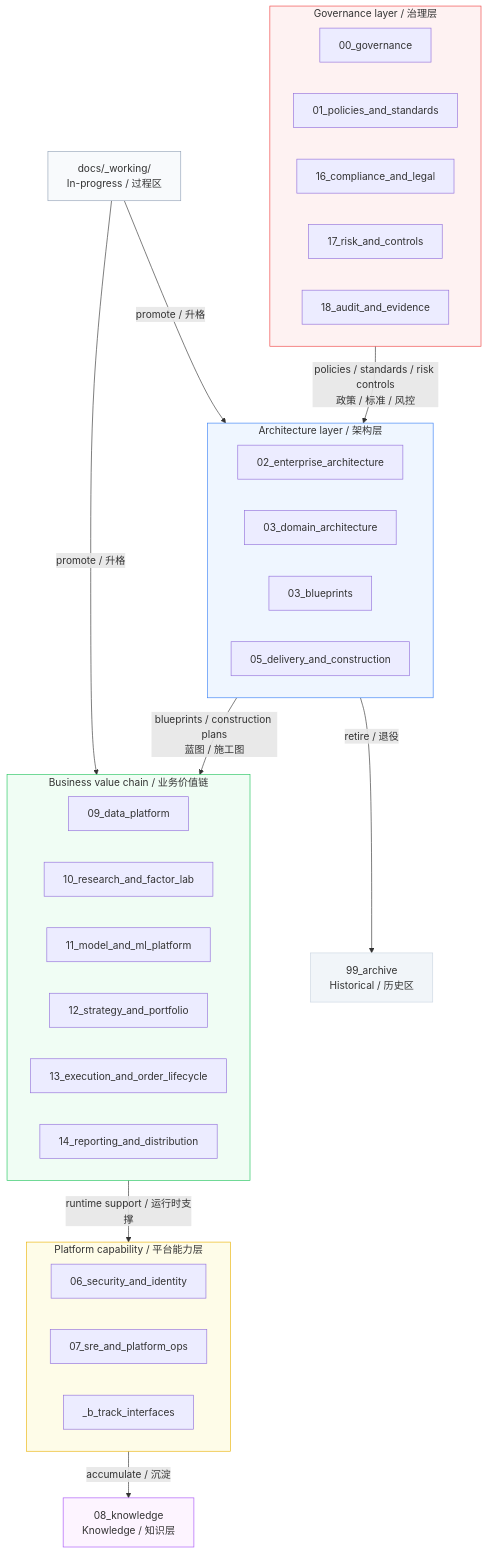
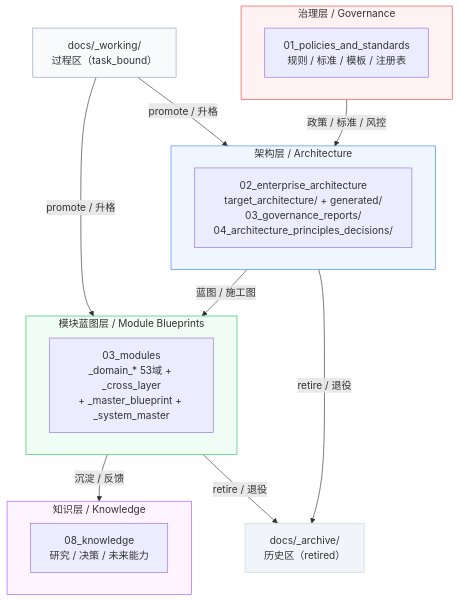
The diagram in docs/02_enterprise_architecture/target_architecture/diagrams/docs_drawer_topology.mmd (xuanFelixVan/ZephyrAlpha), drawn with Mermaid before and after one commit. The commit also changed 20 other files, not shown here.

First line of the commit message:
target_architecture: 全量修复21项审查问题 (P0阻断4项+P1 52域14层残留16项+P2数字矛盾2项+P3孤儿图6项+P4 docs_drawer同步1项); 13个文件修改

```diff
--- a/docs/02_enterprise_architecture/target_architecture/diagrams/docs_drawer_topology.mmd
+++ b/docs/02_enterprise_architecture/target_architecture/diagrams/docs_drawer_topology.mmd
@@ -1,51 +1,36 @@
 %%{init: {'theme': 'default'}}%%
+%% v2.0.0: 同步对齐 information_architecture.md §4 的6顶级目录结构（原20+抽屉已简化）
 graph TB
-    subgraph GOV["Governance layer / 治理层"]
-        G00["00_governance"]
-        G01["01_policies_and_standards"]
-        G16["16_compliance_and_legal"]
-        G17["17_risk_and_controls"]
-        G18["18_audit_and_evidence"]
+    subgraph GOV["治理层 / Governance"]
+        G01["01_policies_and_standards<br/>规则 / 标准 / 模板 / 注册表"]
     end
 
-    subgraph ARCH["Architecture layer / 架构层"]
-        A02["02_enterprise_architecture"]
-        A03["03_domain_architecture"]
-        A04["03_blueprints"]
-        A05["05_delivery_and_construction"]
+    subgraph ARCH["架构层 / Architecture"]
+        A02["02_enterprise_architecture<br/>target_architecture/ + generated/<br/>03_governance_reports/<br/>04_architecture_principles_decisions/"]
     end
 
-    subgraph BIZ["Business value chain / 业务价值链"]
-        B09["09_data_platform"]
-        B10["10_research_and_factor_lab"]
-        B11["11_model_and_ml_platform"]
-        B12["12_strategy_and_portfolio"]
-        B13["13_execution_and_order_lifecycle"]
-        B14["14_reporting_and_distribution"]
+    subgraph MOD["模块蓝图层 / Module Blueprints"]
+        M03["03_modules<br/>_domain_* 53域 + _cross_layer<br/>+ _master_blueprint + _system_master"]
     end
 
-    subgraph PLAT["Platform capability / 平台能力层"]
-        P06["06_security_and_identity"]
-        P07["07_sre_and_platform_ops"]
-        P08["_b_track_interfaces"]
+    subgraph KB["知识层 / Knowledge"]
+        K08["08_knowledge<br/>研究 / 决策 / 未来能力"]
     end
 
-    KB["08_knowledge<br/>Knowledge / 知识层"]
-    WS["docs/_working/<br/>In-progress / 过程区"]
-    AR["99_archive<br/>Historical / 历史区"]
+    WS["docs/_working/<br/>过程区（task_bound）"]
+    AR["docs/_archive/<br/>历史区（retired）"]
 
-    GOV -->|"policies / standards / risk controls<br/>政策 / 标准 / 风控"| ARCH
-    ARCH -->|"blueprints / construction plans<br/>蓝图 / 施工图"| BIZ
-    BIZ -->|"runtime support / 运行时支撑"| PLAT
-    PLAT -->|"accumulate / 沉淀"| KB
+    GOV -->|"政策 / 标准 / 风控"| ARCH
+    ARCH -->|"蓝图 / 施工图"| MOD
+    MOD -->|"沉淀 / 反馈"| KB
     WS -->|"promote / 升格"| ARCH
-    WS -->|"promote / 升格"| BIZ
+    WS -->|"promote / 升格"| MOD
     ARCH -->|"retire / 退役"| AR
+    MOD -->|"retire / 退役"| AR
 
     style GOV fill:#fef2f2,stroke:#ef4444
     style ARCH fill:#eff6ff,stroke:#3b82f6
-    style BIZ fill:#f0fdf4,stroke:#22c55e
-    style PLAT fill:#fefce8,stroke:#eab308
+    style MOD fill:#f0fdf4,stroke:#22c55e
     style KB fill:#fdf4ff,stroke:#a855f7
     style WS fill:#f8fafc,stroke:#94a3b8
     style AR fill:#f1f5f9,stroke:#cbd5e1
```
